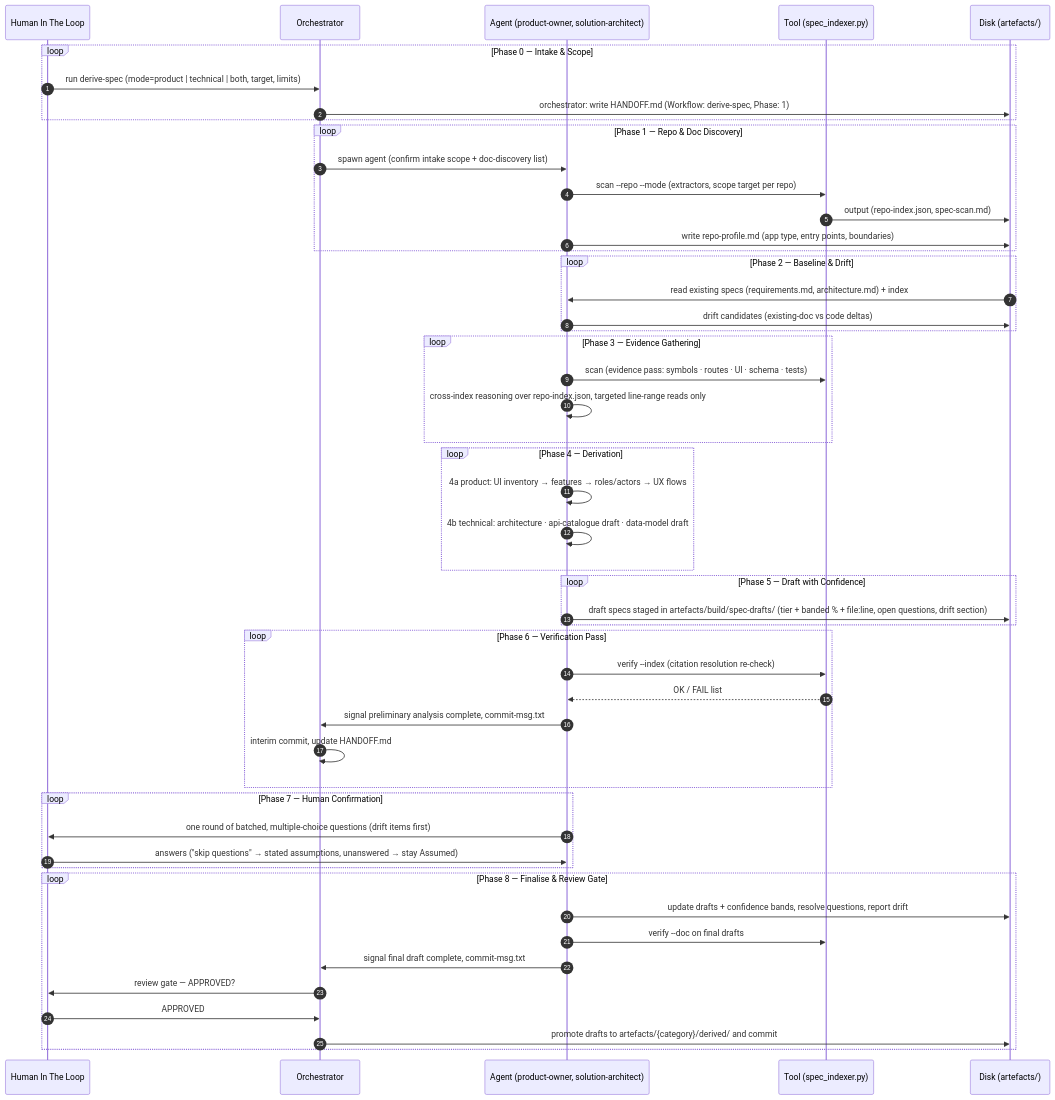
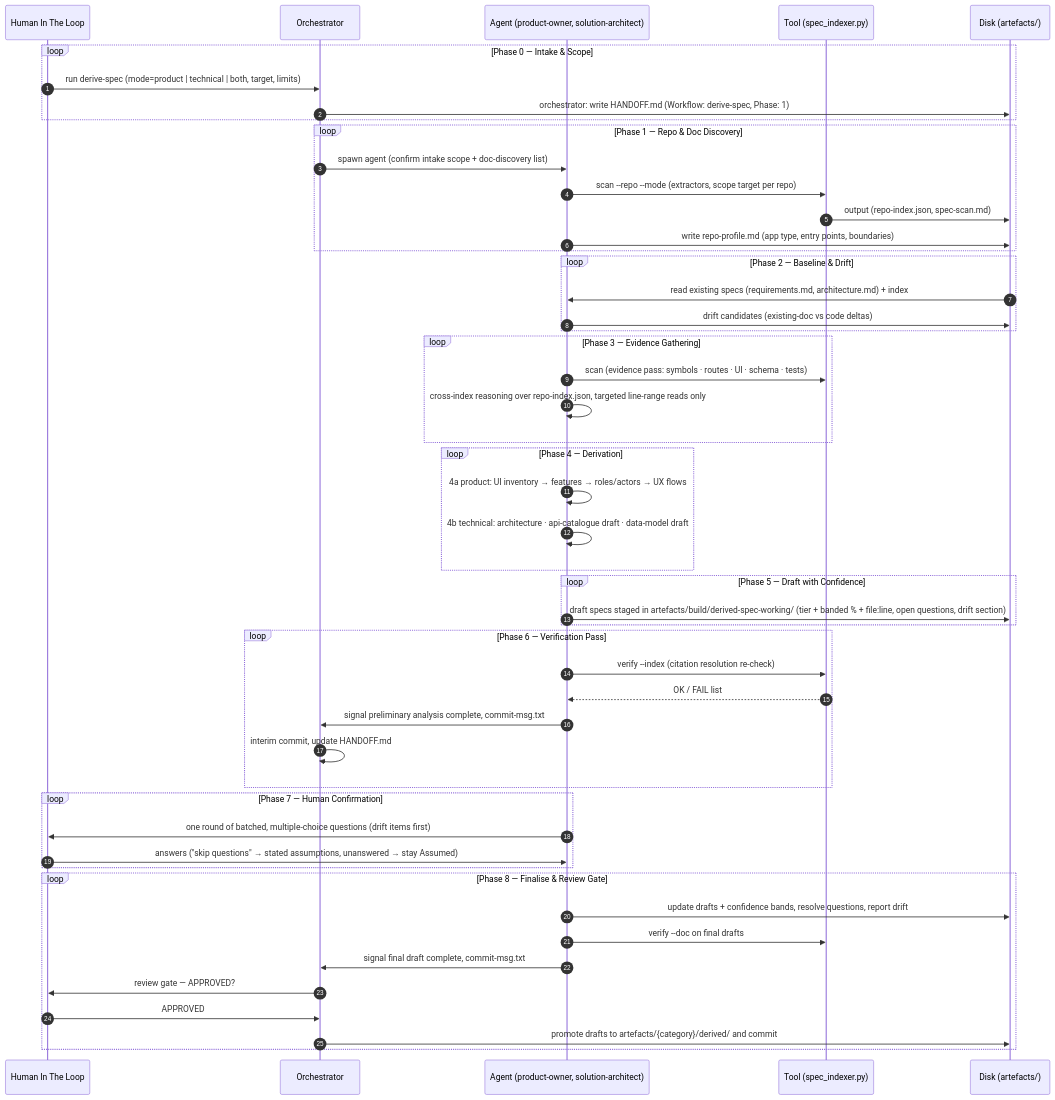
The eighth of 12 diagrams in context/workflows/README.md (Schmoiger/start-here), drawn with Mermaid before and after one commit. The commit also changed other lines of this file and 9 other files, not shown here.

````diff
--- a/context/workflows/README.md
+++ b/context/workflows/README.md
@@ -250,53 +250,53 @@
 ```mermaid
 sequenceDiagram
     autonumber
     participant H as Human In The Loop
     participant O as Orchestrator
     participant A as Agent (product-owner, solution-architect)
     participant T as Tool (spec_indexer.py)
     participant D as Disk (artefacts/)
 
     loop Phase 0 — Intake & Scope
     H->>O: run derive-spec (mode=product | technical | both, target, limits)
     O->>D: orchestrator: write HANDOFF.md (Workflow: derive-spec, Phase: 1)
     end
     loop Phase 1 — Repo & Doc Discovery
     O->>A: spawn agent (confirm intake scope + doc-discovery list)
     A->>T: scan --repo --mode (extractors, scope target per repo)
     T->>D: output (repo-index.json, spec-scan.md)
     A->>D: write repo-profile.md (app type, entry points, boundaries)
     end
     loop Phase 2 — Baseline & Drift
     D->>A: read existing specs (requirements.md, architecture.md) + index
     A->>D: drift candidates (existing-doc vs code deltas)
     end
     loop Phase 3 — Evidence Gathering
     A->>T: scan (evidence pass: symbols · routes · UI · schema · tests)
     A->>A: cross-index reasoning over repo-index.json, targeted line-range reads only
     end
     loop Phase 4 — Derivation
     A->>A: 4a product: UI inventory → features → roles/actors → UX flows
     A->>A: 4b technical: architecture · api-catalogue draft · data-model draft
     end
     loop Phase 5 — Draft with Confidence
-    A->>D: draft specs staged in artefacts/build/spec-drafts/ (tier + banded % + file:line, open questions, drift section)
+    A->>D: draft specs staged in artefacts/build/derived-spec-working/ (tier + banded % + file:line, open questions, drift section)
     end
     loop Phase 6 — Verification Pass
     A->>T: verify --index (citation resolution re-check)
     T-->>A: OK / FAIL list
     A->>O: signal preliminary analysis complete, commit-msg.txt
     O->>O: interim commit, update HANDOFF.md
     end
     loop Phase 7 — Human Confirmation
     A->>H: one round of batched, multiple-choice questions (drift items first)
     H->>A: answers ("skip questions" → stated assumptions, unanswered → stay Assumed)
     end
     loop Phase 8 — Finalise & Review Gate
     A->>D: update drafts + confidence bands, resolve questions, report drift
     A->>T: verify --doc on final drafts
     A->>O: signal final draft complete, commit-msg.txt
     O->>H: review gate — APPROVED?
     H->>O: APPROVED
     O->>D: promote drafts to artefacts/{category}/derived/ and commit
     end
 ```
````
